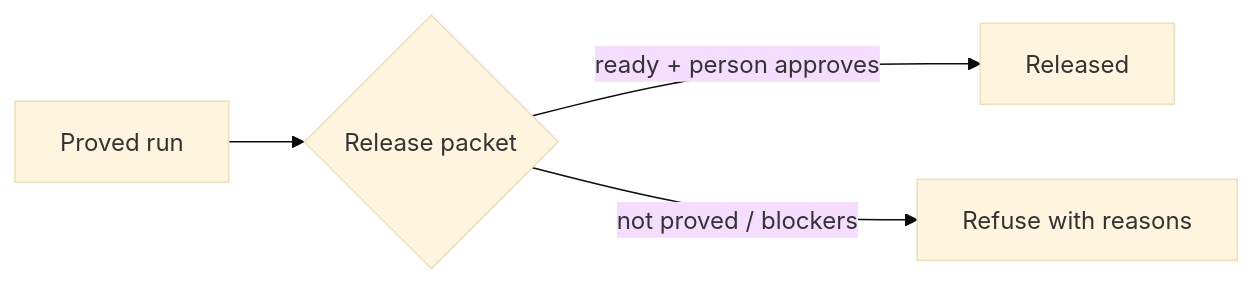
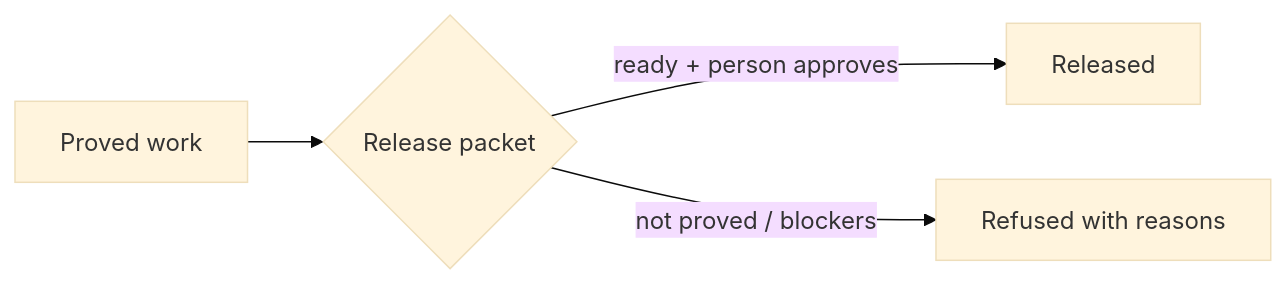
Before and after one commit to michaelatamuk/openjiuwen-works: the ninth of 11 diagrams in docs/guides/how-a-fix-flows.md, drawn with Mermaid (base theme). The commit also changed other lines of this file and 47 other files, not shown here.

````diff
--- a/docs/guides/how-a-fix-flows.md
+++ b/docs/guides/how-a-fix-flows.md
@@ -169,6 +166,6 @@
 ```mermaid
 flowchart LR
-    P[Proved run] --> K{Release packet}
+    P[Proved work] --> K{Release packet}
     K -->|ready + person approves| R[Released]
-    K -->|not proved / blockers| X[Refuse with reasons]
+    K -->|not proved / blockers| X[Refused with reasons]
 ```
````
